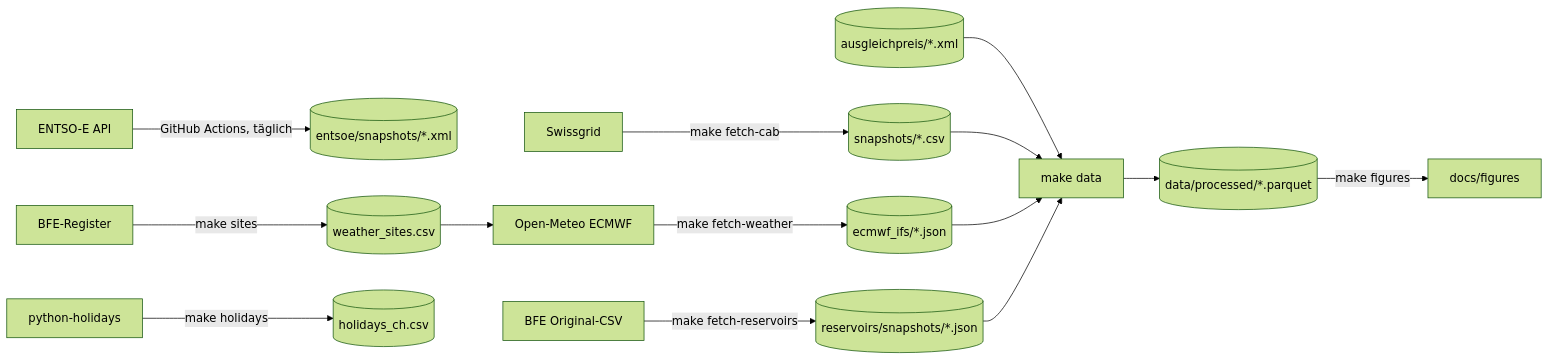
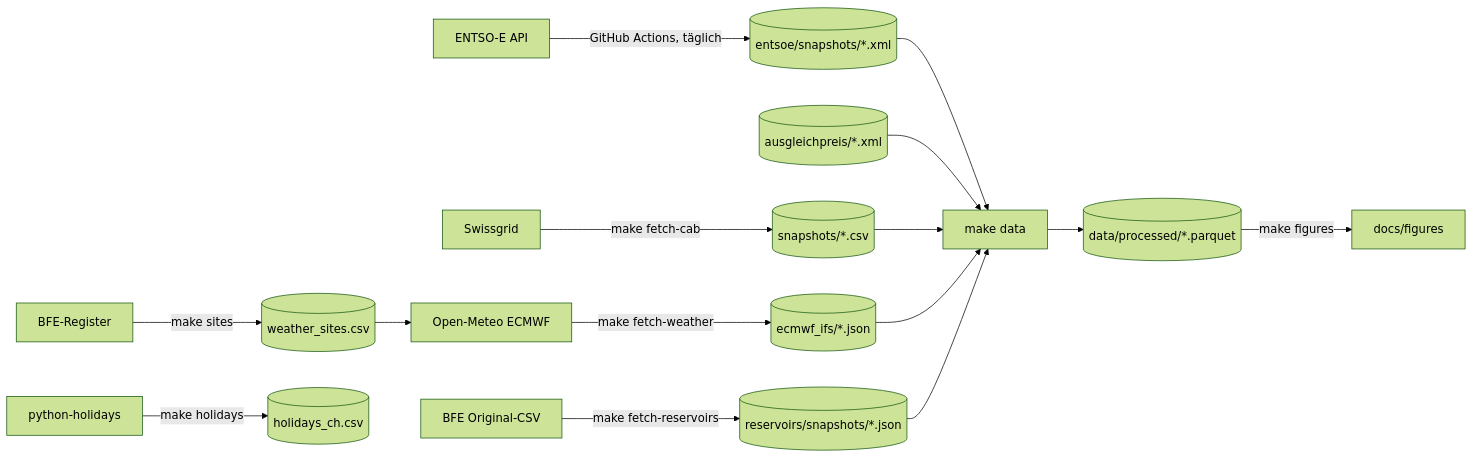
The second of 2 diagrams in docs/data.md (ibidreli/energy_price_prediction), drawn with Mermaid (forest theme) before and after one commit. The commit also changed other lines of this file and 9 other files, not shown here.

````diff
--- a/docs/data.md
+++ b/docs/data.md
@@ -484,16 +512,17 @@
 ```mermaid
 flowchart LR
     SG[Swissgrid] -->|make fetch-cab| CAB[(snapshots/*.csv)]
     OM[Open-Meteo ECMWF] -->|make fetch-weather| WX[(ecmwf_ifs/*.json)]
     BFECSV[BFE Original-CSV] -->|make fetch-reservoirs| RES[(reservoirs/snapshots/*.json)]
     ENTSOE[ENTSO-E API] -->|GitHub Actions, täglich| ENT[(entsoe/snapshots/*.xml)]
+    ENT --> DATA
     BFE[BFE-Register] -->|make sites| SITES[(weather_sites.csv)]
     SITES --> OM
     PY[python-holidays] -->|make holidays| HOL[(holidays_ch.csv)]
     AEP[(ausgleichpreis/*.xml)] --> DATA
     CAB --> DATA[make data]
     WX --> DATA
     RES --> DATA
     DATA --> PQ[(data/processed/*.parquet)]
     PQ -->|make figures| FIG[docs/figures]
 ```
````
